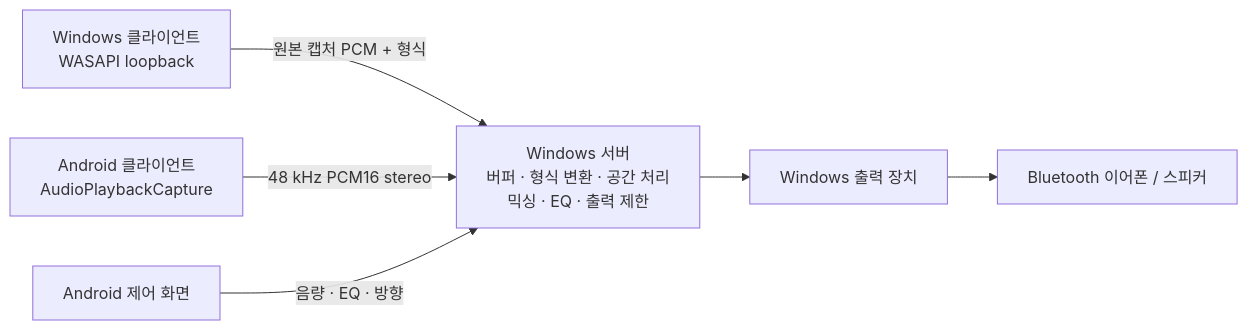
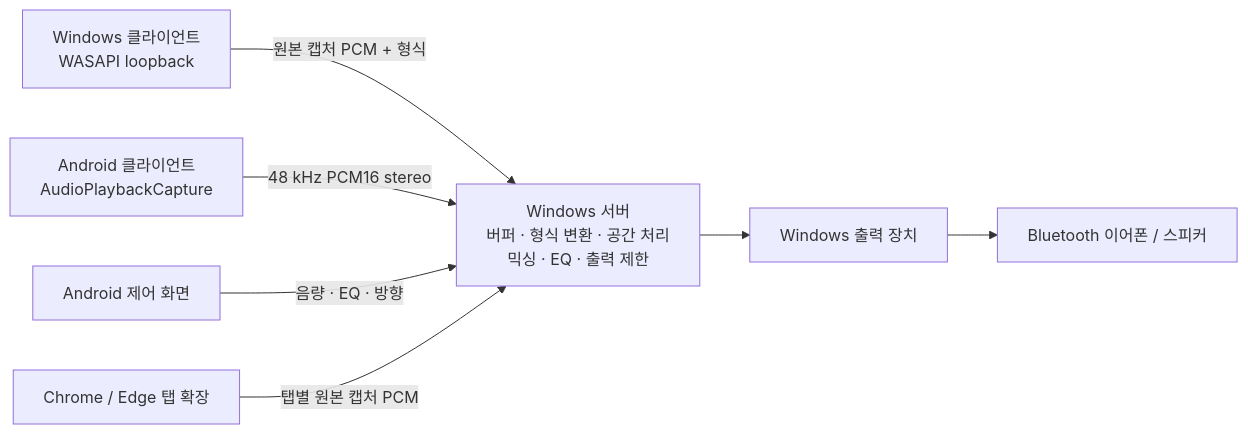
One commit to lunce0503/sound_manger changed the diagram in README.md. Above: the diagram before and after it, drawn with Mermaid. The commit also changed other lines of this file and 48 other files, not shown here.

````diff
--- a/README.md
+++ b/README.md
@@ -7,8 +7,9 @@
 ```mermaid
 flowchart LR
     A[Windows 클라이언트\nWASAPI loopback] -->|원본 캡처 PCM + 형식| S
     B[Android 클라이언트\nAudioPlaybackCapture] -->|48 kHz PCM16 stereo| S
     C[Android 제어 화면] -->|음량 · EQ · 방향| S
+    D[Chrome / Edge 탭 확장] -->|탭별 원본 캡처 PCM| S
     S[Windows 서버\n버퍼 · 형식 변환 · 공간 처리\n믹싱 · EQ · 출력 제한] --> O[Windows 출력 장치]
     O --> H[Bluetooth 이어폰 / 스피커]
 ```
````
